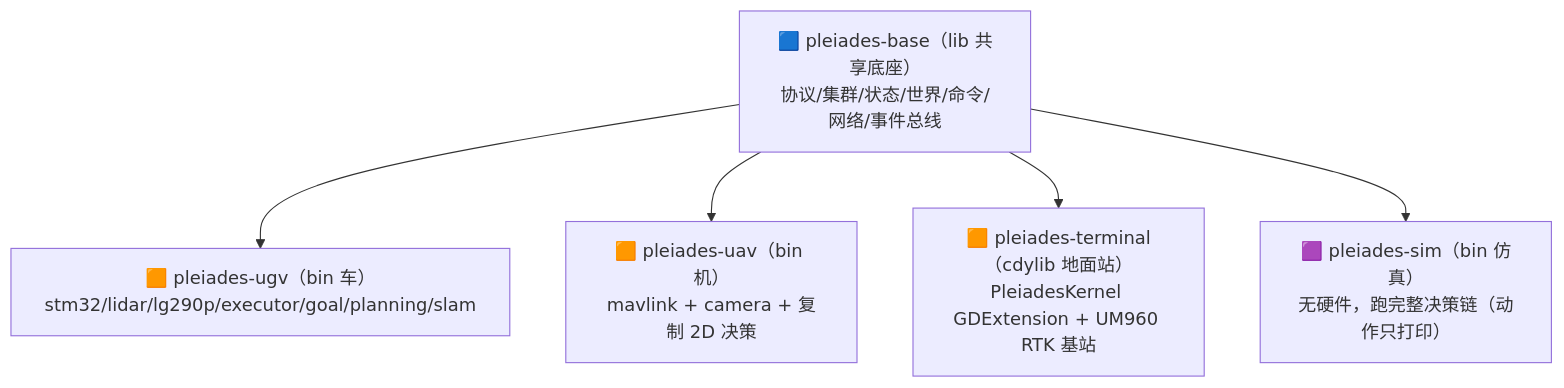
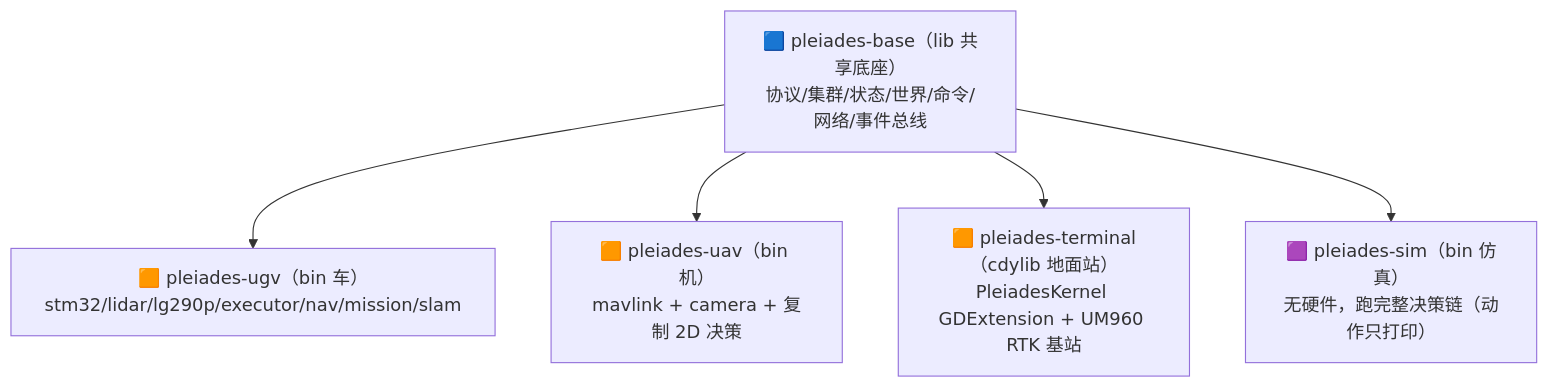
Before and after one commit to LYK-ce/Pleiades: the first of 6 diagrams in Architecture/robot_arch.md, drawn with Mermaid. The commit also changed other lines of this file and 73 other files, not shown here.

````diff
--- a/Architecture/robot_arch.md
+++ b/Architecture/robot_arch.md
@@ -19,12 +19,12 @@
 ```mermaid
 flowchart TB
     BASE["🟦 pleiades-base（lib 共享底座）<br/>协议/集群/状态/世界/命令/网络/事件总线"]
-    UGV["🟧 pleiades-ugv（bin 车）<br/>stm32/lidar/lg290p/executor/goal/planning/slam"]
+    UGV["🟧 pleiades-ugv（bin 车）<br/>stm32/lidar/lg290p/executor/nav/mission/slam"]
     UAV["🟧 pleiades-uav（bin 机）<br/>mavlink + camera + 复制 2D 决策"]
     TERM["🟧 pleiades-terminal（cdylib 地面站）<br/>PleiadesKernel GDExtension + UM960 RTK 基站"]
     SIM["🟪 pleiades-sim（bin 仿真）<br/>无硬件，跑完整决策链（动作只打印）"]
     BASE --> UGV
     BASE --> UAV
     BASE --> TERM
     BASE --> SIM
 ```
````
